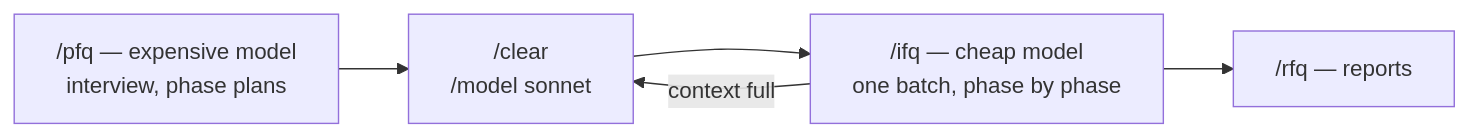
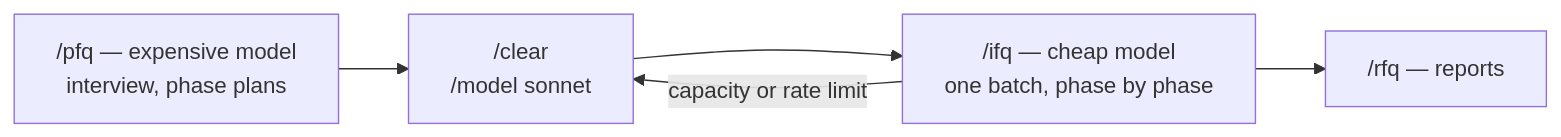
Before and after one commit to gumbaldi/magicbox: the first of 4 diagrams in claude/plugins/cfq/README.md, drawn with Mermaid. The commit also changed other lines of this file and 3 other files, not shown here.

First line of the commit message:
Doku: zweiten Stop-Grund (Rate-Limit) im ifq-Skill und in den Docs benennen

````diff
--- a/claude/plugins/cfq/README.md
+++ b/claude/plugins/cfq/README.md
@@ -7,7 +7,7 @@
 ```mermaid
 flowchart LR
   A["/pfq — expensive model<br/>interview, phase plans"] --> B["/clear<br/>/model sonnet"]
   B --> C["/ifq — cheap model<br/>one batch, phase by phase"]
   C --> D["/rfq — reports"]
-  C -->|"context full"| B
+  C -->|"capacity or rate limit"| B
 ```
````
